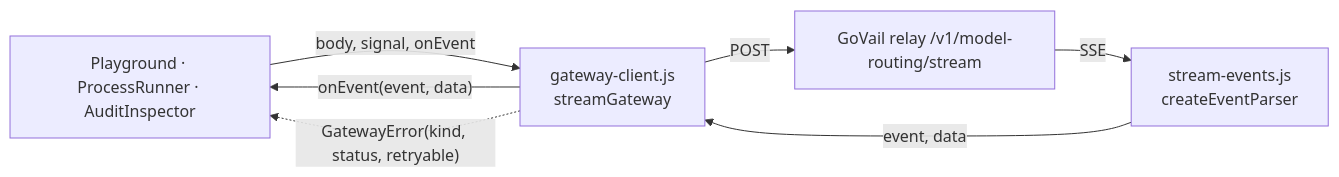
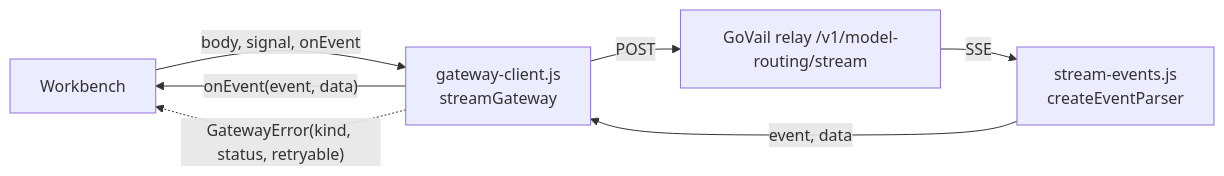
Before and after one commit to devcy0922/devcy0922.github.io: the fourth of 5 diagrams in architecture.md, drawn with Mermaid. The commit also changed other lines of this file and 22 other files, not shown here.

````diff
--- a/architecture.md
+++ b/architecture.md
@@ -115,9 +115,9 @@
 ```mermaid
 flowchart LR
-    UI["Playground · ProcessRunner · AuditInspector"] -->|"body, signal, onEvent"| GC["gateway-client.js<br/>streamGateway"]
+    UI["Workbench"] -->|"body, signal, onEvent"| GC["gateway-client.js<br/>streamGateway"]
     GC -->|POST| Relay["GoVail relay /v1/model-routing/stream"]
     Relay -->|SSE| P["stream-events.js<br/>createEventParser"]
     P -->|"event, data"| GC
     GC -->|"onEvent(event, data)"| UI
     GC -.->|"GatewayError(kind, status, retryable)"| UI
 ```
````
